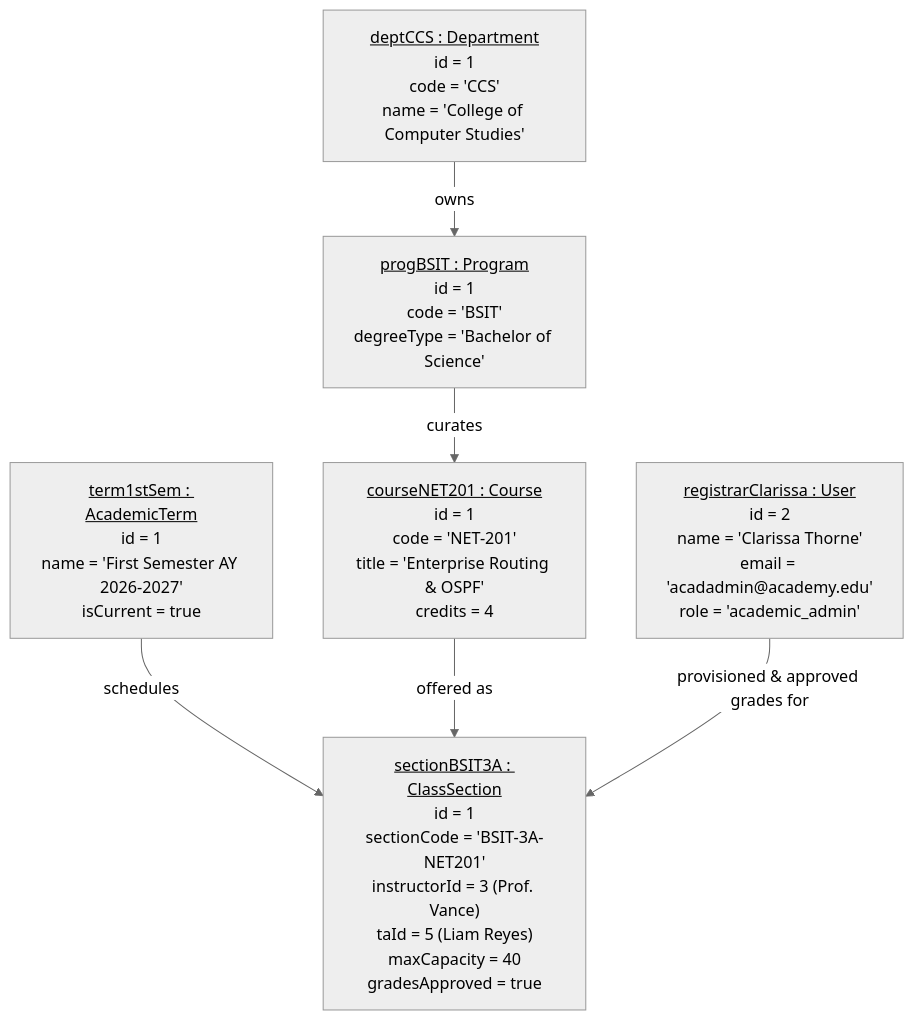
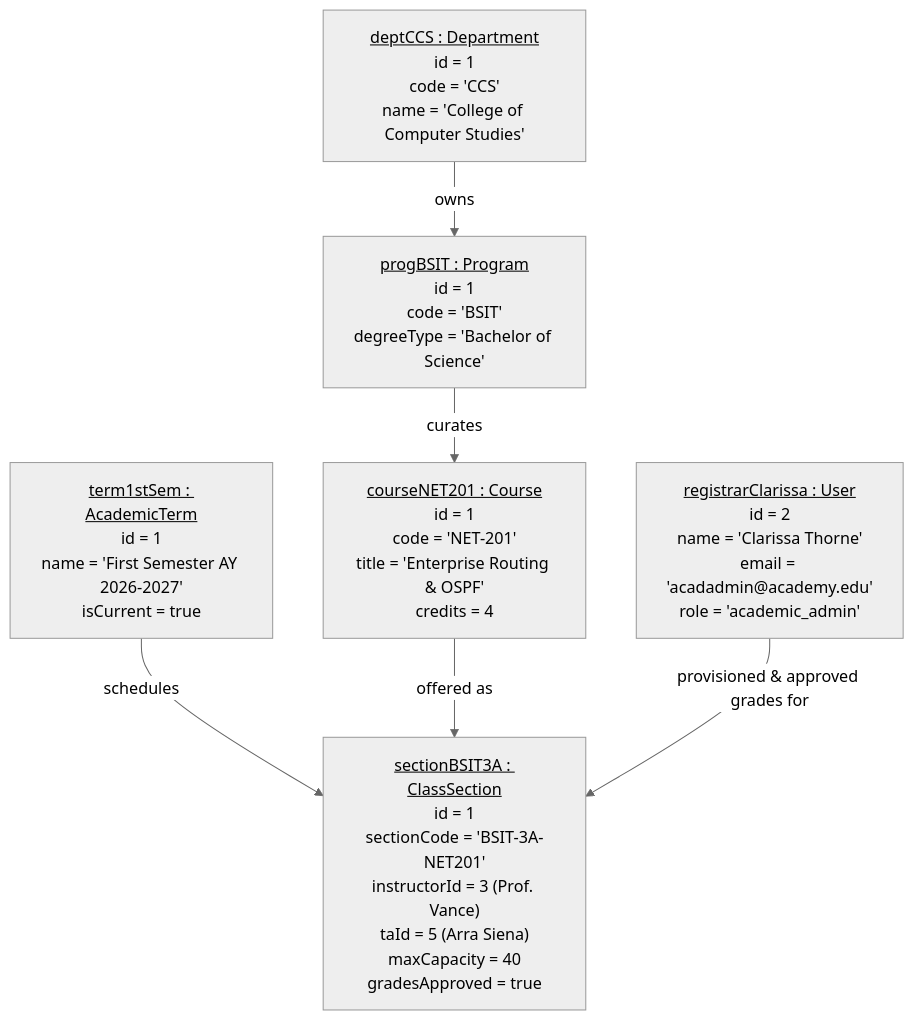
The fifth of 17 diagrams in docs/ACADEMIC_ADMIN_SYSTEM_MODELING_DIAGRAMS.md (Leonard11223/INSTRUCTOR-), drawn with Mermaid (neutral theme) before and after one commit. The commit also changed 22 other files, not shown here.

````diff
--- a/docs/ACADEMIC_ADMIN_SYSTEM_MODELING_DIAGRAMS.md
+++ b/docs/ACADEMIC_ADMIN_SYSTEM_MODELING_DIAGRAMS.md
@@ -395,20 +395,20 @@
 ```mermaid
 flowchart TB
     RegObj["<u>registrarClarissa : User</u>\nid = 2\nname = 'Clarissa Thorne'\nemail = 'acadadmin@academy.edu'\nrole = 'academic_admin'"]
 
     DeptObj["<u>deptCCS : Department</u>\nid = 1\ncode = 'CCS'\nname = 'College of Computer Studies'"]
 
     ProgObj["<u>progBSIT : Program</u>\nid = 1\ncode = 'BSIT'\ndegreeType = 'Bachelor of Science'"]
 
     TermObj["<u>term1stSem : AcademicTerm</u>\nid = 1\nname = 'First Semester AY 2026-2027'\nisCurrent = true"]
 
     CourseObj["<u>courseNET201 : Course</u>\nid = 1\ncode = 'NET-201'\ntitle = 'Enterprise Routing & OSPF'\ncredits = 4"]
 
-    SecObj["<u>sectionBSIT3A : ClassSection</u>\nid = 1\nsectionCode = 'BSIT-3A-NET201'\ninstructorId = 3 (Prof. Vance)\ntaId = 5 (Liam Reyes)\nmaxCapacity = 40\ngradesApproved = true"]
+    SecObj["<u>sectionBSIT3A : ClassSection</u>\nid = 1\nsectionCode = 'BSIT-3A-NET201'\ninstructorId = 3 (Prof. Vance)\ntaId = 5 (Arra Siena)\nmaxCapacity = 40\ngradesApproved = true"]
 
     DeptObj -- "owns" --> ProgObj
     ProgObj -- "curates" --> CourseObj
     TermObj -- "schedules" --> SecObj
     CourseObj -- "offered as" --> SecObj
     RegObj -- "provisioned & approved grades for" --> SecObj
 ```
````
